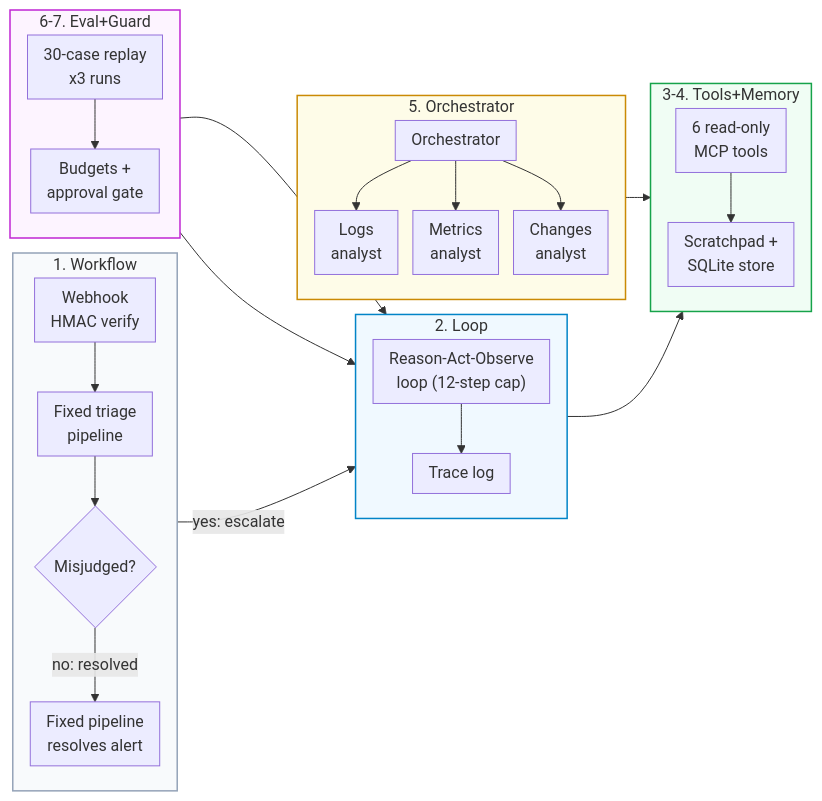
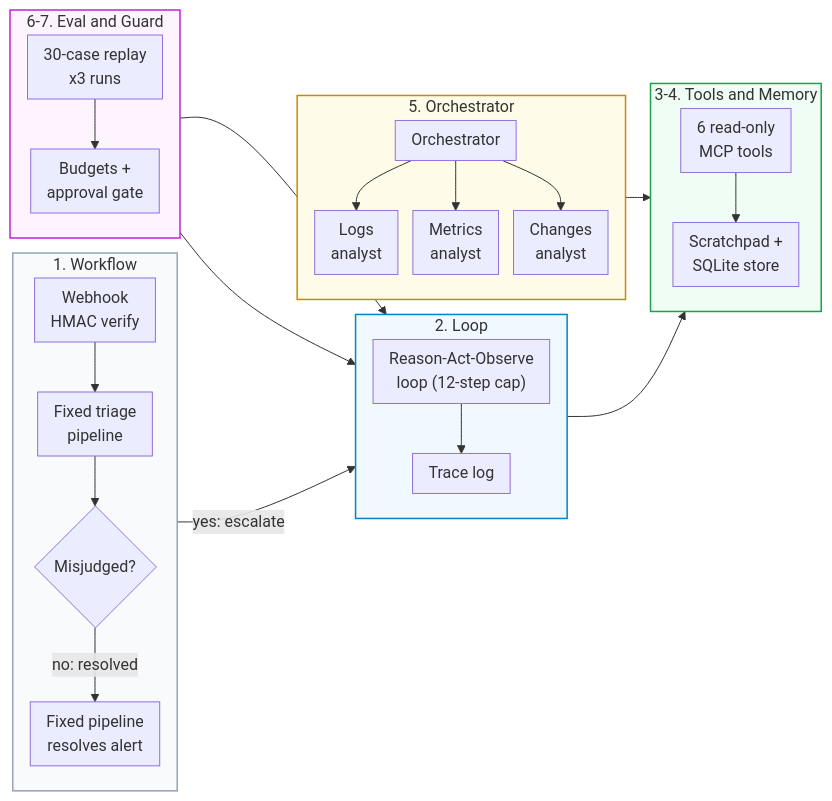
The tenth of 10 diagrams in README.md (Kenono2000/enterprise-rag-pgvector-rbac), drawn with Mermaid before and after one commit. The commit also changed other lines of this file and 10 other files, not shown here.

First line of the commit message:
feat: Enhance HITL approval flow with checkpointing and decision endpoint

````diff
--- a/README.md
+++ b/README.md
@@ -478,38 +668,38 @@
 ```mermaid
 %%{init: {'flowchart': {'nodeSpacing': 15, 'rankSpacing': 25, 'padding': 8}}}%%
 flowchart LR
     subgraph S1 ["1. Workflow"]
         direction TB
         Hook["Webhook<br/>HMAC verify"] --> Triage["Fixed triage<br/>pipeline"]
         Triage --> Mis{"Misjudged?"}
         Mis -->|"no: resolved"| Done1["Fixed pipeline<br/>resolves alert"]
     end
     subgraph S2 ["2. Loop"]
         direction TB
         Loop["Reason-Act-Observe<br/>loop (12-step cap)"] --> Trace["Trace log"]
     end
-    subgraph S3 ["3-4. Tools+Memory"]
+    subgraph S3 ["3-4. Tools and Memory"]
         direction TB
         Tools["6 read-only<br/>MCP tools"] --> Mem["Scratchpad +<br/>SQLite store"]
     end
     subgraph S5 ["5. Orchestrator"]
         direction TB
         Orch["Orchestrator"] --> Logs["Logs<br/>analyst"]
         Orch --> Mets["Metrics<br/>analyst"]
         Orch --> Chg["Changes<br/>analyst"]
     end
-    subgraph S67 ["6-7. Eval+Guard"]
+    subgraph S67 ["6-7. Eval and Guard"]
         direction TB
         Eval["30-case replay<br/>x3 runs"] --> Guard["Budgets +<br/>approval gate"]
     end
     Mis -->|"yes: escalate"| Loop
     Loop --> Tools
     Orch --> Tools
     Eval --> Loop
     Guard --> Loop
     style S1 fill:#f8fafc,stroke:#94a3b8,stroke-width:1.5px
     style S2 fill:#f0f9ff,stroke:#0284c7,stroke-width:1.5px
     style S3 fill:#f0fdf4,stroke:#16a34a,stroke-width:1.5px
     style S5 fill:#fefce8,stroke:#ca8a04,stroke-width:1.5px
     style S67 fill:#fdf4ff,stroke:#c026d3,stroke-width:1.5px
 ```
````
